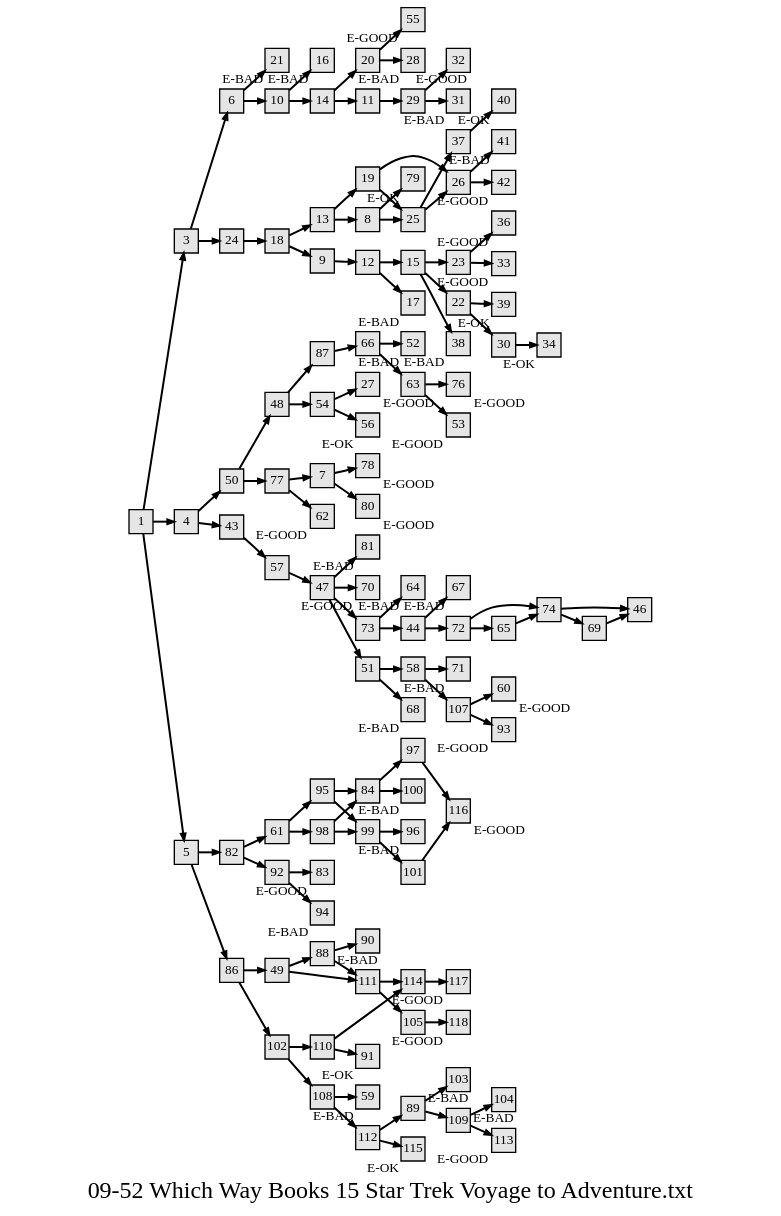
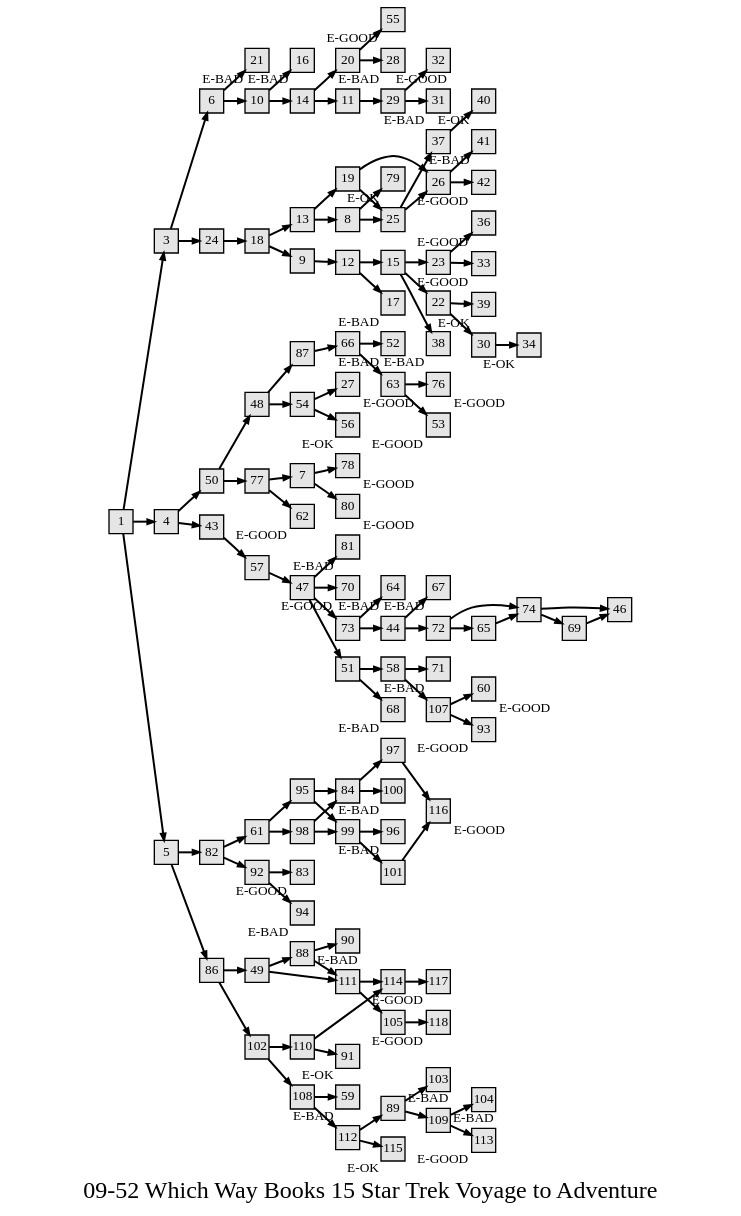
The diagram in assets/gamebooks/graphviz/09-52 Which Way Books 15 Star Trek Voyage to Adventure.txt.gv (jeremydouglass/transverse-gallery), drawn with Graphviz before and after one commit. The commit also changed 748 other files, not shown here.

```diff
--- a/assets/gamebooks/graphviz/09-52 Which Way Books 15 Star Trek Voyage to Adventure.txt.gv
+++ b/assets/gamebooks/graphviz/09-52 Which Way Books 15 Star Trek Voyage to Adventure.txt.gv
@@ -1,172 +1,195 @@
 digraph g{
-  graph [ label="09-52 Which Way Books 15 Star Trek Voyage to Adventure.txt" rankdir=LR, ordering=out, fontsize=36, nodesep="0.35", ranksep="0.45"];
+  graph [ label="09-52 Which Way Books 15 Star Trek Voyage to Adventure" rankdir=LR, ordering=out, fontsize=36, nodesep="0.35", ranksep="0.45"];
   node  [shape=rect, penwidth=2, fontsize=20, style=filled, fillcolor=grey90, margin="0,0", labelfloat=true, regular=true, fixedsize=true];
   edge  [labelfloat=true, penwidth=3, fontsize=12];
-
+  // ---;
+  // group  : Katz;
+  // id     :;
+  // gbid   :;
+  // series :;
+  // title  :;
+  // author :;
+  // credit:;
+  // - name : Juliet Way-Henthorne;
+  // role : encoder;
+  // date : 2017-09-05;
+  // - name : Jeremy Douglass;
+  // role : editor;
+  // date : 2017-10-19;
+  // render:;
+  // - name   : small;
+  // styles : gvStyles-small.txt;
+  // engine : dot;
+  // comment: >;
+  
+  // ---;
+  
+  // From | To | Label;
+  
   1 -> 3;
   1 -> 4;
   1 -> 5;
   3 -> 6;
   3 -> 24;
   4 -> 50;
   4 -> 43;
   5 -> 82;
   5 -> 86;
   6 -> 21;
   6 -> 10;
   7 -> 78;
   7 -> 80;
   8 -> 79;
   8 -> 25;
   9 -> 12;
   10 -> 16;
   10 -> 14;
   11 -> 29;
   12 -> 15;
   12 -> 17;
   13 -> 19;
   13 -> 8;
   14 -> 20;
   14 -> 11;
   15 -> 23;
   15 -> 22;
   15 -> 38;
   16	[ xlabel="E-BAD" ];
   17	[ xlabel="E-BAD" ];
   18 -> 13;
   18 -> 9;
   19 -> 26;
   19 -> 25;
   20 -> 55;
   20 -> 28;
   21	[ xlabel="E-BAD" ];
   22 -> 39;
   22 -> 30;
   23 -> 36;
   23 -> 33;
   24 -> 18;
   25 -> 37;
   25 -> 26;
   26 -> 41;
   26 -> 42;
   27	[ xlabel="E-GOOD" ];
   28	[ xlabel="E-BAD" ];
   29 -> 32;
   29 -> 31;
   30 -> 34;
   31	[ xlabel="E-BAD" ];
   32	[ xlabel="E-GOOD" ];
   33	[ xlabel="E-GOOD" ];
   34	[ xlabel="E-OK" ];
   36	[ xlabel="E-GOOD" ];
   37 -> 40;
   38	[ xlabel="E-BAD" ];
   39	[ xlabel="E-OK" ];
   40	[ xlabel="E-OK" ];
   41	[ xlabel="E-BAD" ];
   42	[ xlabel="E-GOOD" ];
   43 -> 57;
   44 -> 67;
   44 -> 72;
   47 -> 81;
   47 -> 70;
   47 -> 73;
   47 -> 51;
   48 -> 87;
   48 -> 54;
   49 -> 88;
   49 -> 111;
   50 -> 48;
   50 -> 77;
   51 -> 58;
   51 -> 68;
   52	[ xlabel="E-BAD" ];
   53	[ xlabel="E-GOOD" ];
   54 -> 27;
   54 -> 56;
   55	[ xlabel="E-GOOD" ];
   56	[ xlabel="E-OK" ];
   57 -> 47;
   58 -> 71;
   58 -> 107;
   59	[ xlabel="E-BAD" ];
   60	[ xlabel="E-GOOD" ];
   61 -> 95;
   61 -> 98;
   62	[ xlabel="E-GOOD" ];
   63 -> 76;
   63 -> 53;
   64	[ xlabel="E-BAD" ];
   65 -> 74;
   66 -> 52;
   66 -> 63;
   67	[ xlabel="E-BAD" ];
   68	[ xlabel="E-BAD" ];
   69 -> 46;
   70	[ xlabel="E-GOOD" ];
   71	[ xlabel="E-BAD" ];
   72 -> 74;
   72 -> 65;
   73 -> 64;
   73 -> 44;
   74 -> 46;
   74 -> 69;
   76	[ xlabel="E-GOOD" ];
   77 -> 7;
   77 -> 62;
   78	[ xlabel="E-GOOD" ];
   79	[ xlabel="E-OK" ];
   80	[ xlabel="E-GOOD" ];
   81	[ xlabel="E-BAD" ];
   82 -> 61;
   82 -> 92;
   83	[ xlabel="E-GOOD" ];
   84 -> 97;
   84 -> 100;
   86 -> 49;
   86 -> 102;
   87 -> 66;
   88 -> 111;
   88 -> 90;
   89 -> 103;
   89 -> 109;
   90	[ xlabel="E-BAD" ];
   91	[ xlabel="E-OK" ];
   92 -> 83;
   92 -> 94;
   93	[ xlabel="E-GOOD" ];
   94	[ xlabel="E-BAD" ];
   95 -> 84;
   95 -> 99;
   96	[ xlabel="E-BAD" ];
   97 -> 116;
   98 -> 84;
   98 -> 99;
   99 -> 96;
   99 -> 101;
   100	[ xlabel="E-BAD" ];
   101 -> 116;
   102 -> 110;
   102 -> 108;
   103	[ xlabel="E-BAD" ];
   104	[ xlabel="E-BAD" ];
   105 -> 118;
   107 -> 60;
   107 -> 93;
   108 -> 59;
   108 -> 112;
   109 -> 104;
   109 -> 113;
   110 -> 114;
   110 -> 91;
   111 -> 114;
   111 -> 105;
   112 -> 89;
   112 -> 115;
   113	[ xlabel="E-GOOD" ];
   114 -> 117;
   115	[ xlabel="E-OK" ];
   116	[ xlabel="E-GOOD" ];
   117	[ xlabel="E-GOOD" ];
   118	[ xlabel="E-GOOD" ];
 }
```
